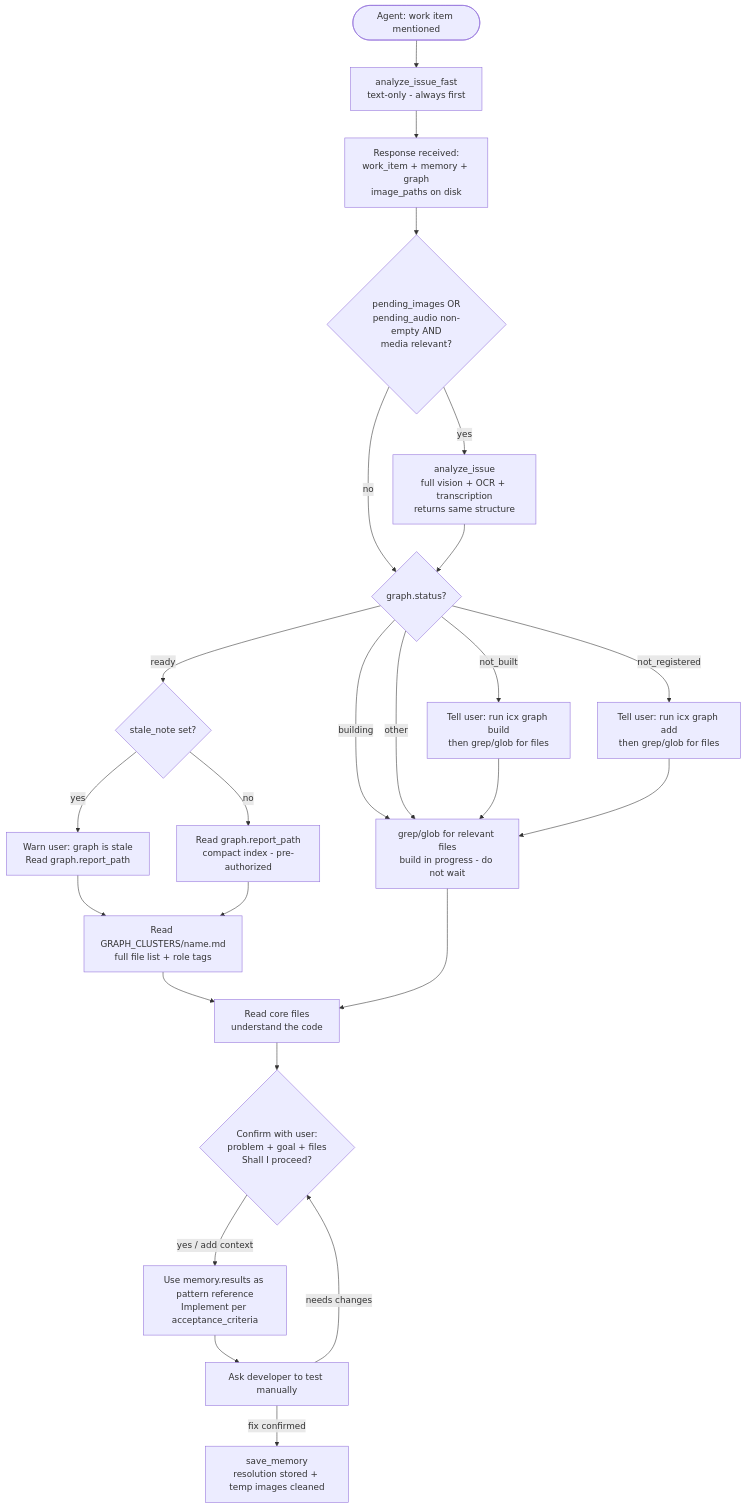
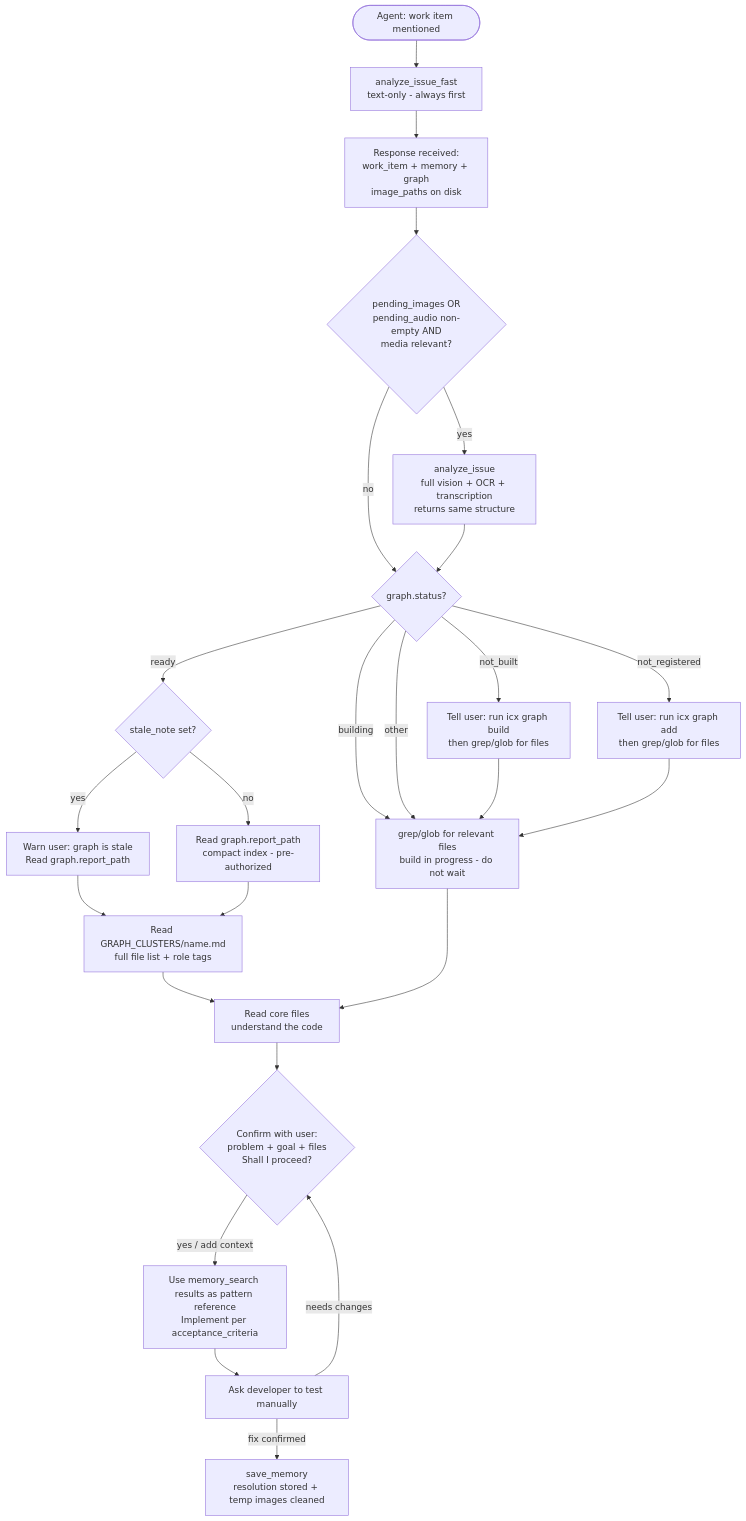
Before and after one commit to althaf-space/icx-engine: the third of 4 diagrams in readme.md, drawn with Mermaid. The commit also changed other lines of this file and 28 other files, not shown here.

````diff
--- a/readme.md
+++ b/readme.md
@@ -83,27 +83,27 @@
 ```mermaid
 flowchart TD
     A([Agent: work item mentioned]) --> B[analyze_issue_fast\ntext-only - always first]
     B --> E[Response received:\nwork_item + memory + graph\nimage_paths on disk]
     E --> C{pending_images OR\npending_audio non-empty AND\nmedia relevant?}
     C -- yes --> D[analyze_issue\nfull vision + OCR + transcription\nreturns same structure]
     C -- no --> F{graph.status?}
     D --> F
     F -- ready --> GS{stale_note set?}
     GS -- no --> G[Read graph.report_path\ncompact index - pre-authorized]
     GS -- yes --> GW[Warn user: graph is stale\nRead graph.report_path]
     GW --> G2
     G --> G2[Read GRAPH_CLUSTERS/name.md\nfull file list + role tags]
     G2 --> I[Read core files\nunderstand the code]
     F -- building --> H[grep/glob for relevant files\nbuild in progress - do not wait]
     F -- not_built --> HH[Tell user: run icx graph build\nthen grep/glob for files]
     F -- not_registered --> HR[Tell user: run icx graph add\nthen grep/glob for files]
     F -- other --> H
     HH --> H
     HR --> H
     H --> I
     I --> I2{Confirm with user:\nproblem + goal + files\nShall I proceed?}
-    I2 -- yes / add context --> J[Use memory.results as pattern reference\nImplement per acceptance_criteria]
+    I2 -- yes / add context --> J[Use memory_search results as pattern reference\nImplement per acceptance_criteria]
     J --> K[Ask developer to test manually]
     K -- fix confirmed --> L[save_memory\nresolution stored + temp images cleaned]
     K -- needs changes --> I2
 ```
````
